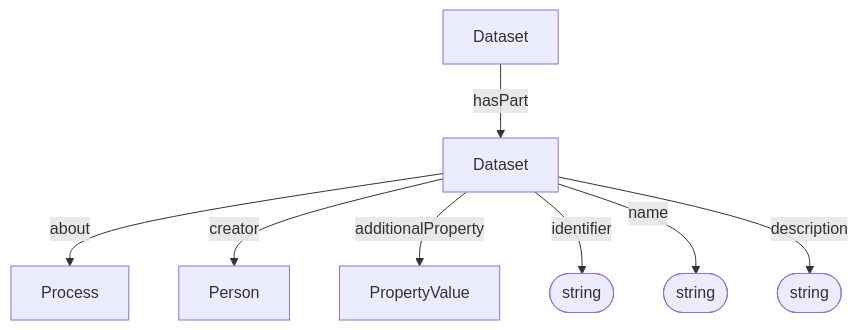
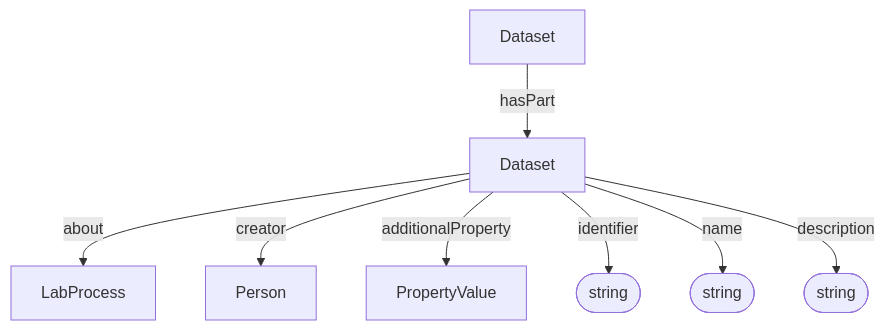
Before and after one commit to HLWeil/ProcessCore: the diagram in spec/core/Dataset.md, drawn with Mermaid. The commit also changed other lines of this file and 10 other files, not shown here.

````diff
--- a/spec/core/Dataset.md
+++ b/spec/core/Dataset.md
@@ -27,18 +27,18 @@
 ```mermaid
 flowchart TD
 
     id@{ shape: stadium, label: "string" }
     na@{ shape: stadium, label: "string" }
     de@{ shape: stadium, label: "string" }
 
     d[Dataset]
-    Dataset --about--> Process
+    Dataset --about--> LabProcess
     d --hasPart--> Dataset
     Dataset --creator--> Person
     Dataset --additionalProperty--> PropertyValue
     Dataset --identifier--> id
     Dataset --name--> na
     Dataset --description--> de
 
 
 ```
````
